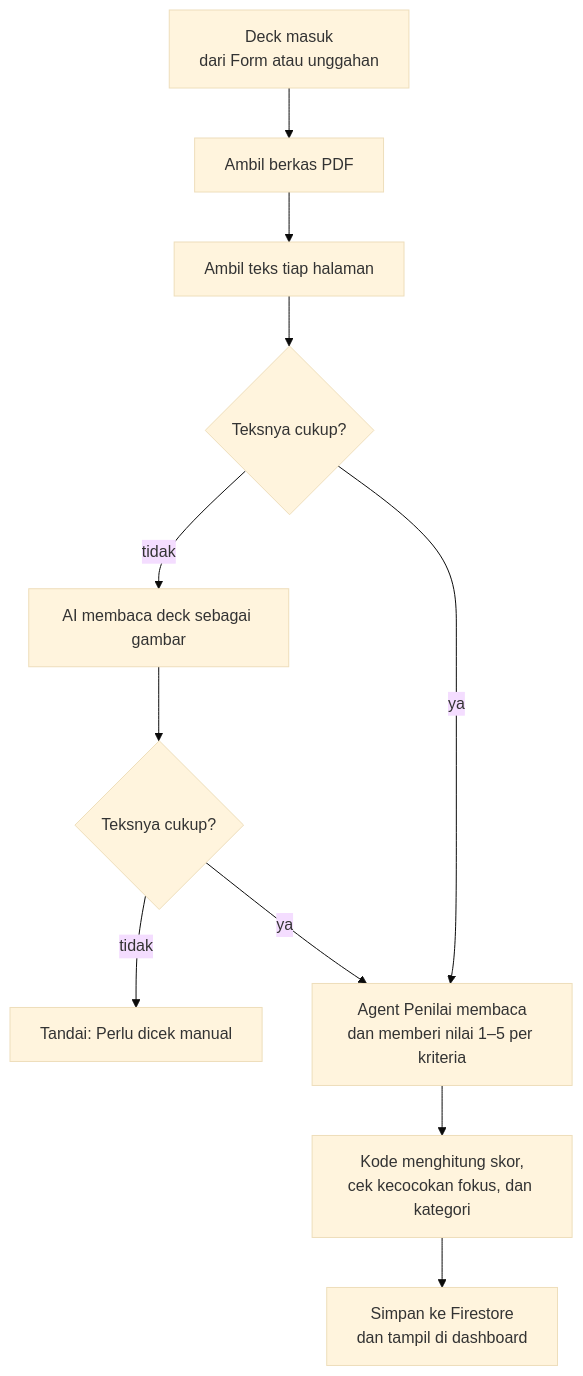
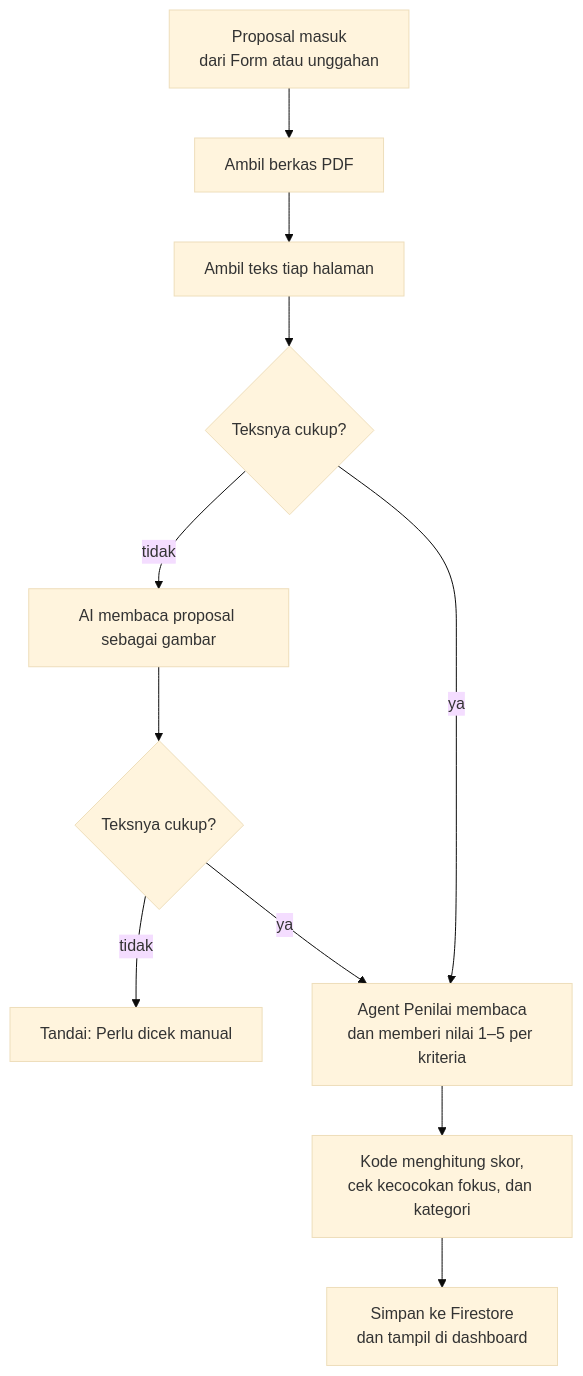
Before and after one commit to codeyzx/aisa: the second of 2 diagrams in docs/ARCHITECTURE.md, drawn with Mermaid (base theme). The commit also changed other lines of this file and 38 other files, not shown here.

First line of the commit message:
feat(ui): call the founder's PDF a proposal, not a deck

````diff
--- a/docs/ARCHITECTURE.md
+++ b/docs/ARCHITECTURE.md
@@ -61,13 +61,13 @@
 ```mermaid
 flowchart TD
-    A[Deck masuk<br/>dari Form atau unggahan] --> B[Ambil berkas PDF]
+    A[Proposal masuk<br/>dari Form atau unggahan] --> B[Ambil berkas PDF]
     B --> C[Ambil teks tiap halaman]
     C --> D{Teksnya cukup?}
-    D -- tidak --> G[AI membaca deck sebagai gambar]
+    D -- tidak --> G[AI membaca proposal sebagai gambar]
     G --> G2{Teksnya cukup?}
     G2 -- tidak --> X[Tandai: Perlu dicek manual]
     G2 -- ya --> E
     D -- ya --> E[Agent Penilai membaca<br/>dan memberi nilai 1–5 per kriteria]
     E --> H[Kode menghitung skor,<br/>cek kecocokan fokus, dan kategori]
     H --> I[Simpan ke Firestore<br/>dan tampil di dashboard]
 ```
````
